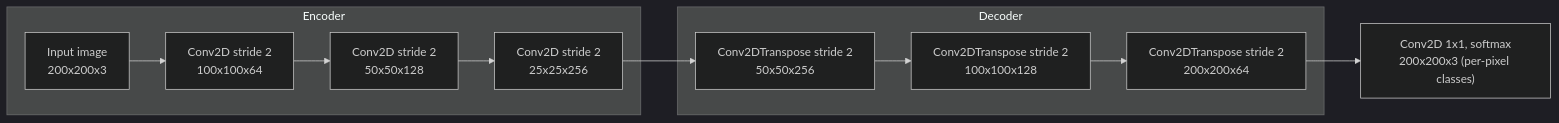
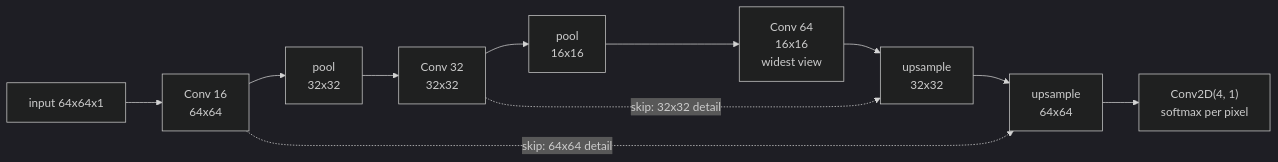
One commit to Ravikisha/PythonCentralHub changed the diagram in src/content/docs/Deep Learning/Phase 03 - Computer Vision with CNNs/Image Segmentation.mdx. Above: the diagram before and after it, drawn with Mermaid (dark theme). The commit also changed other lines of this file and 626 other files, not shown here.

````diff
--- a/src/content/docs/Deep Learning/Phase 03 - Computer Vision with CNNs/Image Segmentation.mdx
+++ b/src/content/docs/Deep Learning/Phase 03 - Computer Vision with CNNs/Image Segmentation.mdx
@@ -39,14 +89,13 @@
-```mermaid title="Segmentation model shape" desc="An encoder compresses the image into small, information-dense feature maps; a decoder expands them back out to a full-resolution, per-pixel prediction."
+```mermaid
 flowchart LR
-  subgraph Encoder
-    I["Input image<br/>200x200x3"] --> C1["Conv2D stride 2<br/>100x100x64"]
-    C1 --> C2["Conv2D stride 2<br/>50x50x128"]
-    C2 --> C3["Conv2D stride 2<br/>25x25x256"]
-  end
-  subgraph Decoder
-    C3 --> T1["Conv2DTranspose stride 2<br/>50x50x256"]
-    T1 --> T2["Conv2DTranspose stride 2<br/>100x100x128"]
-    T2 --> T3["Conv2DTranspose stride 2<br/>200x200x64"]
-  end
-  T3 --> O["Conv2D 1x1, softmax<br/>200x200x3 (per-pixel classes)"]
+  A["input 64x64x1"] --> B["Conv 16<br/>64x64"]
+  B --> C["pool<br/>32x32"]
+  C --> D["Conv 32<br/>32x32"]
+  D --> E["pool<br/>16x16"]
+  E --> F["Conv 64<br/>16x16<br/>widest view"]
+  F --> G["upsample<br/>32x32"]
+  G --> H["upsample<br/>64x64"]
+  H --> I["Conv2D(4, 1)<br/>softmax per pixel"]
+  B -. "skip: 64x64 detail" .-> H
+  D -. "skip: 32x32 detail" .-> G
 ```
````
